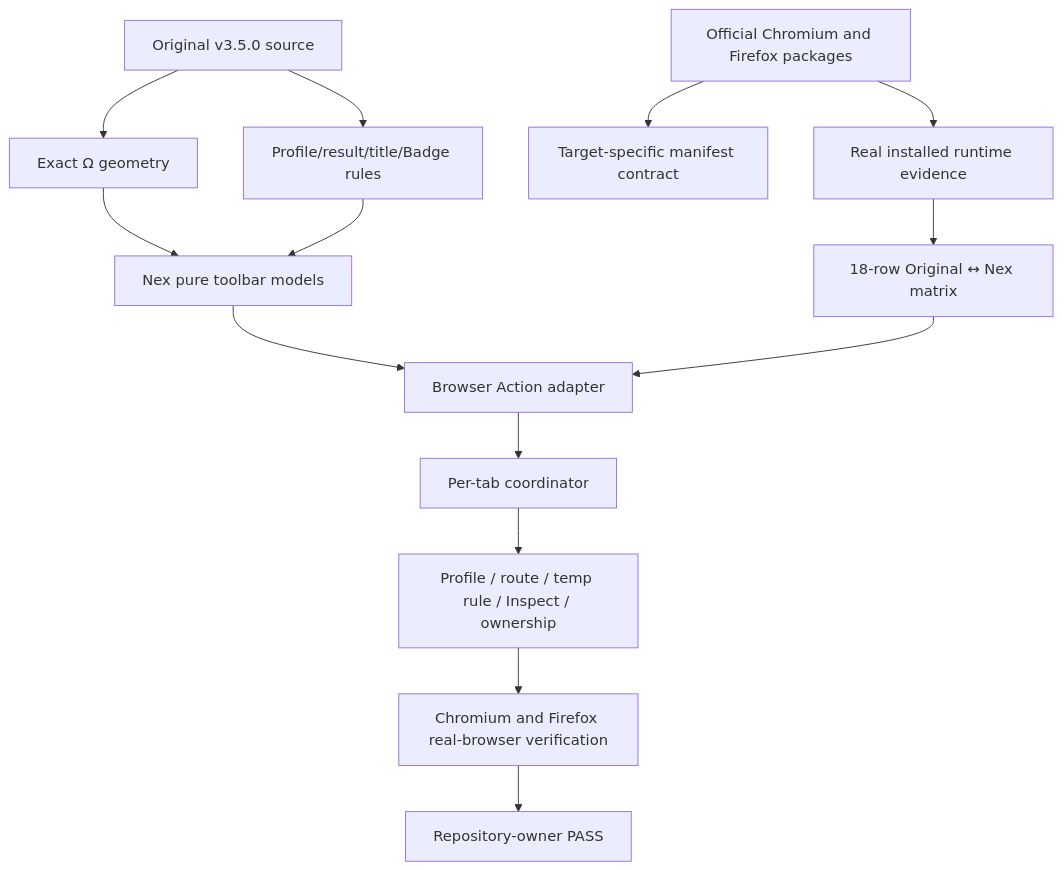
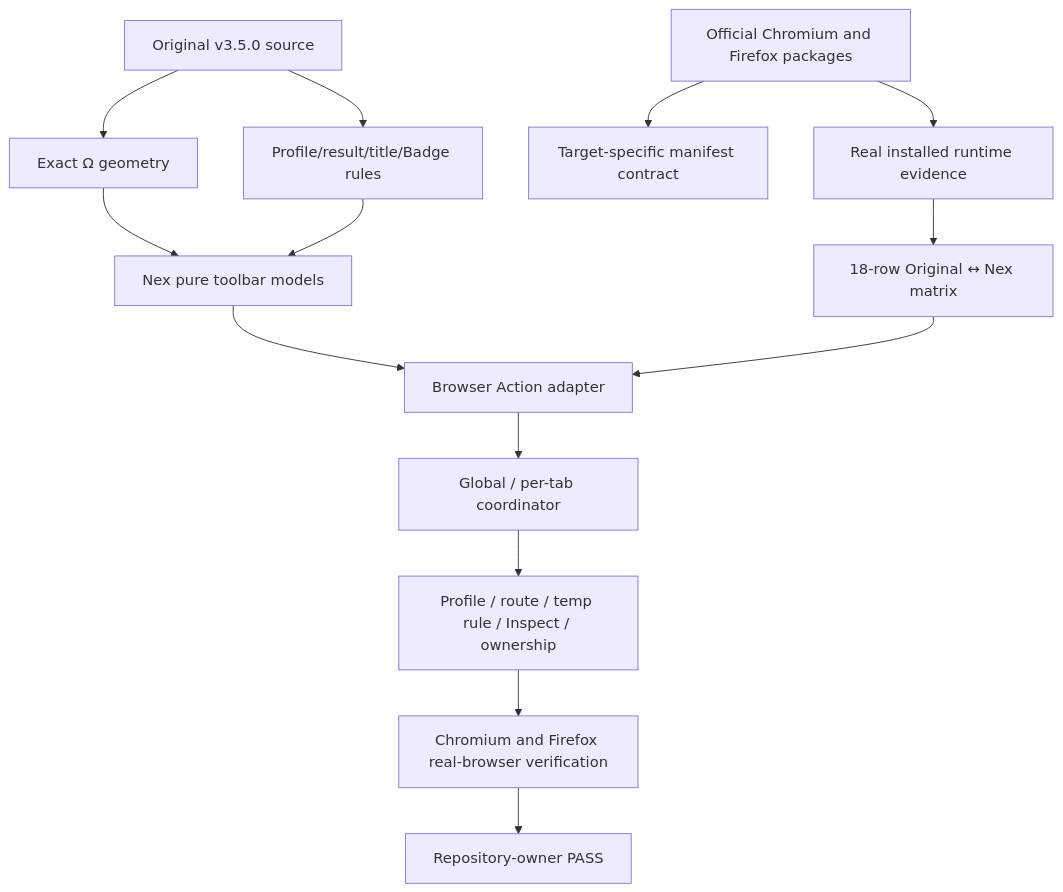
Before and after one commit to ChriX-Goh/ZeroOmega-Nex: the first of 2 diagrams in docs/DELIVERY_ORDER_01_TOOLBAR_STATE.md, drawn with Mermaid. The commit also changed other lines of this file and 6 other files, not shown here.

Commit message:
docs: synchronize Session 8 toolbar knowledge graph

````diff
--- a/docs/DELIVERY_ORDER_01_TOOLBAR_STATE.md
+++ b/docs/DELIVERY_ORDER_01_TOOLBAR_STATE.md
@@ -62,16 +62,16 @@
 ```mermaid
 graph TD
   SRC[Original v3.5.0 source] --> GEOM[Exact Ω geometry]
   SRC --> STATE[Profile/result/title/Badge rules]
   PKG[Official Chromium and Firefox packages] --> MANIFEST[Target-specific manifest contract]
   PKG --> RUNTIME[Real installed runtime evidence]
   GEOM --> PURE[Nex pure toolbar models]
   STATE --> PURE
   RUNTIME --> MATRIX[18-row Original ↔ Nex matrix]
   PURE --> ADAPTER[Browser Action adapter]
   MATRIX --> ADAPTER
-  ADAPTER --> COORD[Per-tab coordinator]
+  ADAPTER --> COORD[Global / per-tab coordinator]
   COORD --> INPUTS[Profile / route / temp rule / Inspect / ownership]
   INPUTS --> REAL[Chromium and Firefox real-browser verification]
   REAL --> OWNER[Repository-owner PASS]
 ```
````
